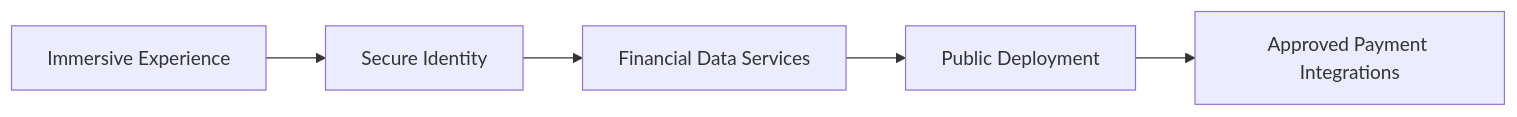
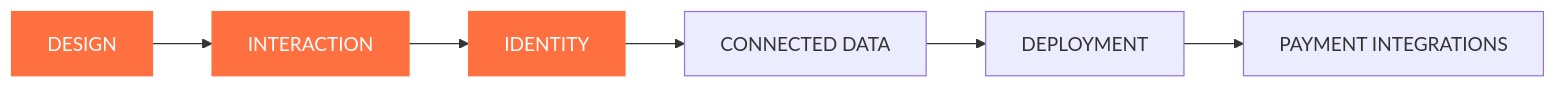
The second of 2 diagrams in README.md (oishipaul45-engineer/VYRA), drawn with Mermaid before and after one commit. The commit also changed other lines of this file, not shown here.

Commit message:
docs: unveil VYRA immersive product README

````diff
--- a/README.md
+++ b/README.md
@@ -100,7 +217,12 @@
 ```mermaid
 flowchart LR
-    A["Immersive Experience"] --> B["Secure Identity"]
-    B --> C["Financial Data Services"]
-    C --> D["Public Deployment"]
-    D --> E["Approved Payment Integrations"]
+    A["DESIGN"] --> B["INTERACTION"]
+    B --> C["IDENTITY"]
+    C --> D["CONNECTED DATA"]
+    D --> E["DEPLOYMENT"]
+    E --> F["PAYMENT INTEGRATIONS"]
+
+    style A fill:#FF7040,color:#fff,stroke:#FF7040
+    style B fill:#FF7040,color:#fff,stroke:#FF7040
+    style C fill:#FF7040,color:#fff,stroke:#FF7040
 ```
````
